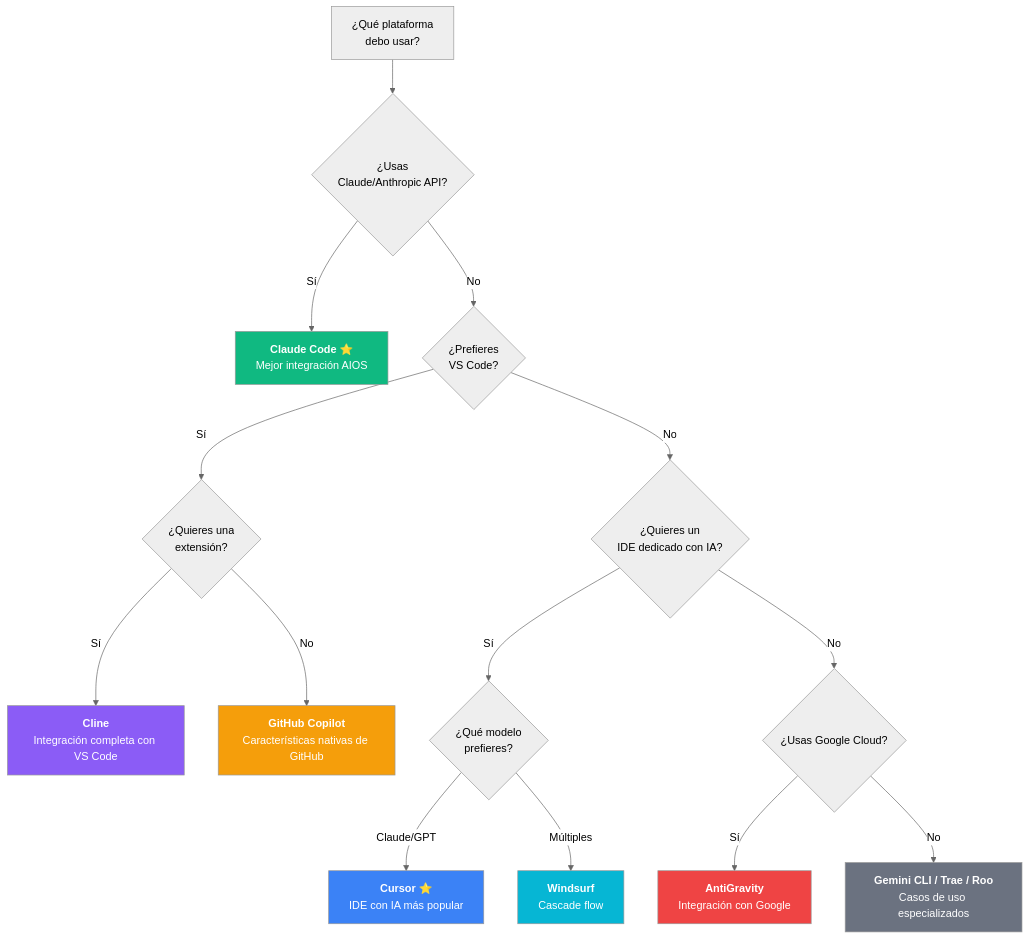
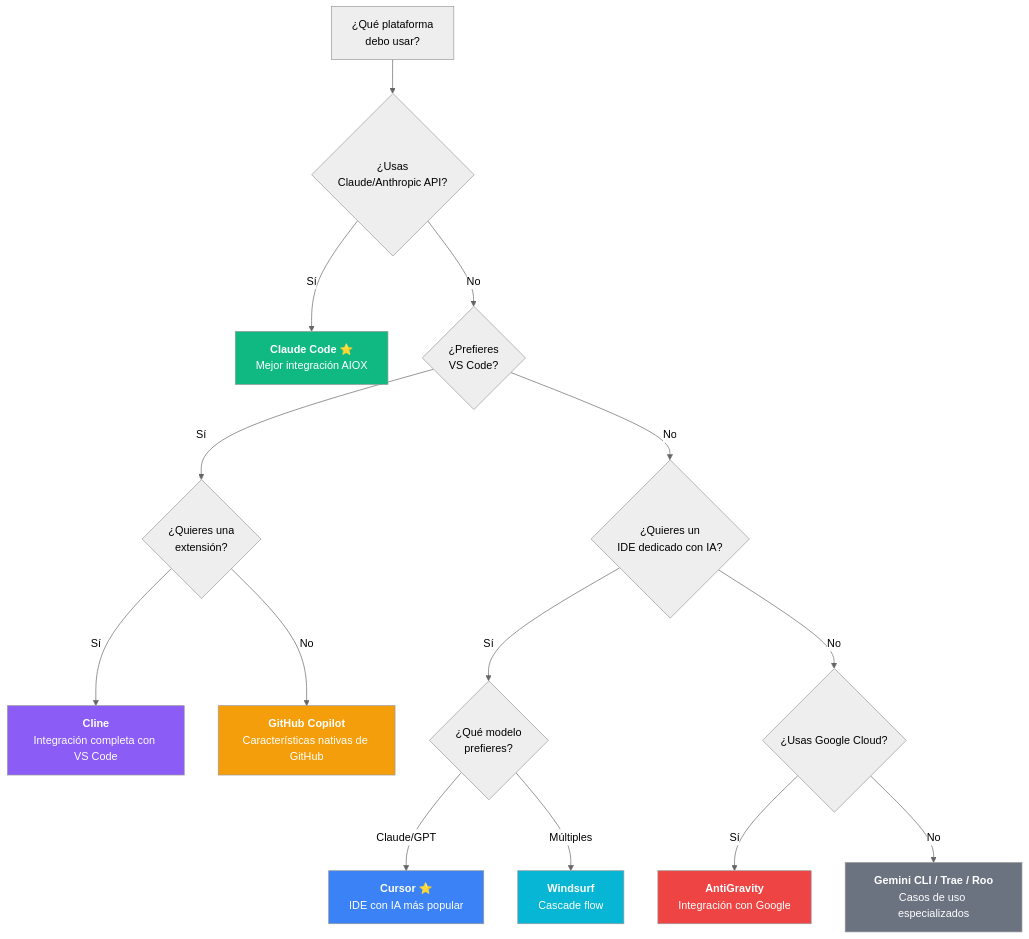
One commit to fabioeducacross/-Book-de-Resultados changed the first of 3 diagrams in docs/es/platforms/README.md. Above: the diagram before and after it, drawn with Mermaid (neutral theme). The commit also changed other lines of this file and 867 other files, not shown here.

````diff
--- a/docs/es/platforms/README.md
+++ b/docs/es/platforms/README.md
@@ -31,28 +31,28 @@
 ```mermaid
 flowchart TD
     Start["¿Qué plataforma<br/>debo usar?"] --> Q1{"¿Usas<br/>Claude/Anthropic API?"}
 
-    Q1 -->|Sí| CC["<b>Claude Code</b> ⭐<br/>Mejor integración AIOS"]
+    Q1 -->|Sí| CC["<b>Claude Code</b> ⭐<br/>Mejor integración AIOX"]
     Q1 -->|No| Q2{"¿Prefieres<br/>VS Code?"}
 
     Q2 -->|Sí| Q3{"¿Quieres una<br/>extensión?"}
     Q3 -->|Sí| Cline["<b>Cline</b><br/>Integración completa con VS Code"]
     Q3 -->|No| Copilot["<b>GitHub Copilot</b><br/>Características nativas de GitHub"]
 
     Q2 -->|No| Q4{"¿Quieres un<br/>IDE dedicado con IA?"}
     Q4 -->|Sí| Q5{"¿Qué modelo<br/>prefieres?"}
     Q5 -->|Claude/GPT| Cursor["<b>Cursor</b> ⭐<br/>IDE con IA más popular"]
     Q5 -->|Múltiples| Windsurf["<b>Windsurf</b><br/>Cascade flow"]
 
     Q4 -->|No| Q6{"¿Usas Google Cloud?"}
     Q6 -->|Sí| AG["<b>AntiGravity</b><br/>Integración con Google"]
     Q6 -->|No| Other["<b>Gemini CLI / Trae / Roo</b><br/>Casos de uso especializados"]
 
     style CC fill:#10b981,color:#fff
     style Cursor fill:#3b82f6,color:#fff
     style Cline fill:#8b5cf6,color:#fff
     style Windsurf fill:#06b6d4,color:#fff
     style Copilot fill:#f59e0b,color:#fff
     style AG fill:#ef4444,color:#fff
     style Other fill:#6b7280,color:#fff
 ```
````
